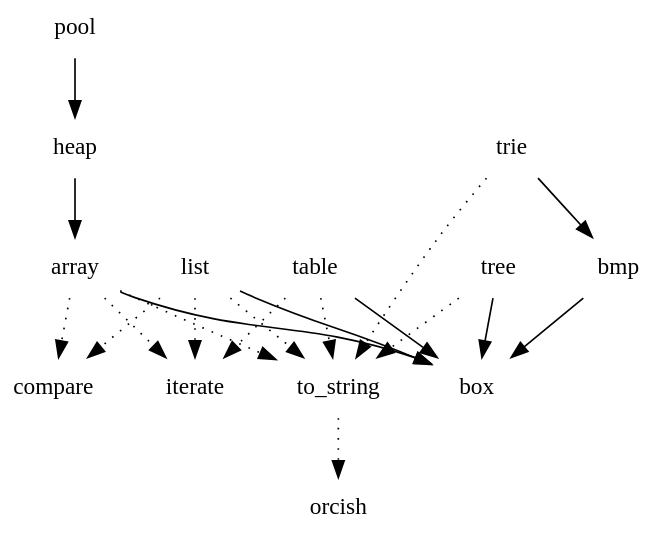
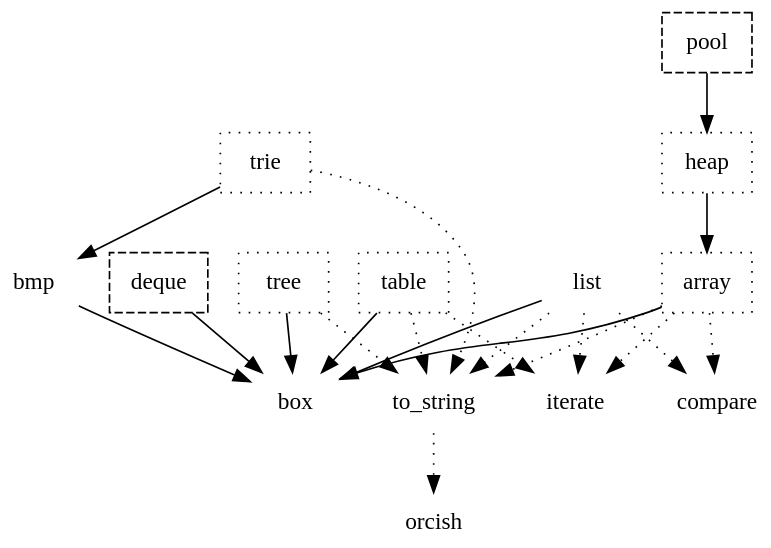
One commit to neil-edelman/boxes changed the diagram in dependencies.gv. Above: the diagram before and after it, drawn with Graphviz. The commit also changed 1 other file, not shown here.

```diff
--- a/dependencies.gv
+++ b/dependencies.gv
@@ -1,26 +1,34 @@
 digraph {
 	graph [truecolor=true, bgcolor=transparent, fontname=modern];
 	node [shape=none, fontname=modern];
+	array [shape=box, style=dotted];
 	array -> box;
 	array -> iterate [style=dotted];
 	array -> to_string [style=dotted];
 	array -> compare [style=dotted];
 	bmp -> box;
+	deque [shape=box, style=dashed];
+	deque -> box;
+	heap [shape=box, style=dotted];
 	heap -> array;
 	#heap -> to_string [style=dotted];
 	list -> box;
 	list -> iterate [style=dotted];
 	list -> to_string [style=dotted];
 	list -> compare [style=dotted];
+	pool [shape=box, style=dashed];
 	pool -> heap;
 	#pool -> to_string [style=dotted];
+	table [shape=box, style=dotted];	
 	table -> box;
 	table -> iterate [style=dotted];
 	table -> to_string [style=dotted];
+	tree [shape=box, style=dotted];
 	tree -> box;
 	tree -> to_string [style=dotted];
+	trie [shape=box, style=dotted];
 	trie -> bmp;
 	trie -> to_string [style=dotted];
 	to_string -> orcish [style=dotted];
 	node [colour="Red"];
 }
```
